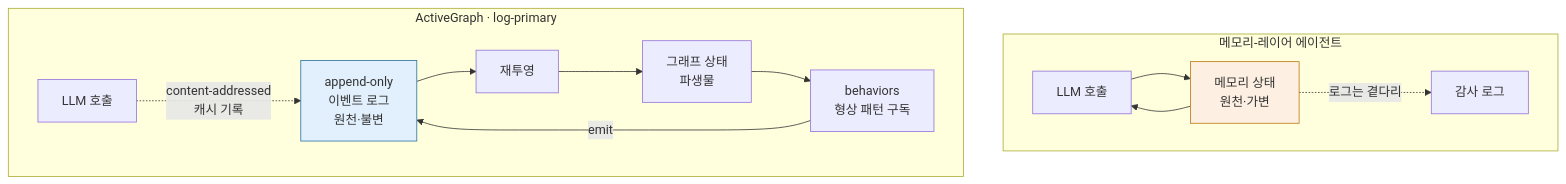
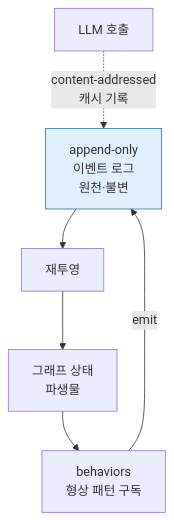
One commit to pheeree/pheeree.github.io changed the second of 2 diagrams in _posts/2026-05-25-log-is-the-agent-event-sourced-reactive-graph.md. Above: the diagram before and after it, drawn with Mermaid. The commit also changed other lines of this file and 10 other files, not shown here.

First line of the commit message:
fix: mermaid subgraph 규약 전면 소급 적용 (10편)

````diff
--- a/_posts/2026-05-25-log-is-the-agent-event-sourced-reactive-graph.md
+++ b/_posts/2026-05-25-log-is-the-agent-event-sourced-reactive-graph.md
@@ -35,19 +47,9 @@
 ```mermaid
 flowchart TB
-    subgraph 기존[메모리-레이어 에이전트]
-        L1[LLM 호출] --> M1[메모리 상태<br/>원천·가변]
-        M1 --> L1
-        M1 -.->|로그는 곁다리| Log1[감사 로그]
-    end
-
-    subgraph 신규[ActiveGraph · log-primary]
-        EV[append-only<br/>이벤트 로그<br/>원천·불변] --> PROJ[재투영]
-        PROJ --> G[그래프 상태<br/>파생물]
-        G --> BH[behaviors<br/>형상 패턴 구독]
-        BH -->|emit| EV
-        L2[LLM 호출] -.->|content-addressed<br/>캐시 기록| EV
-    end
-
+    EV[append-only<br/>이벤트 로그<br/>원천·불변] --> PROJ[재투영]
+    PROJ --> G[그래프 상태<br/>파생물]
+    G --> BH[behaviors<br/>형상 패턴 구독]
+    BH -->|emit| EV
+    L2[LLM 호출] -.->|content-addressed<br/>캐시 기록| EV
     style EV fill:#e2f0fd,stroke:#2471a3
-    style M1 fill:#fdf0e2,stroke:#b9770e
 ```
````
